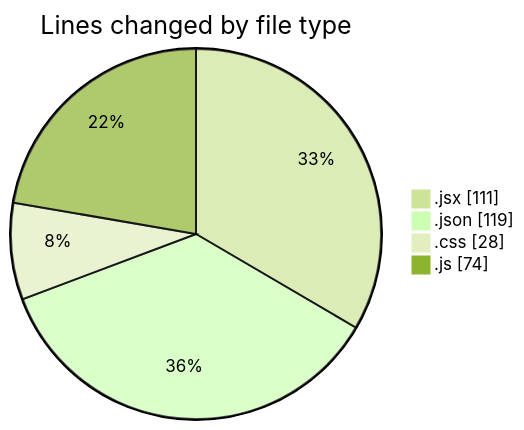
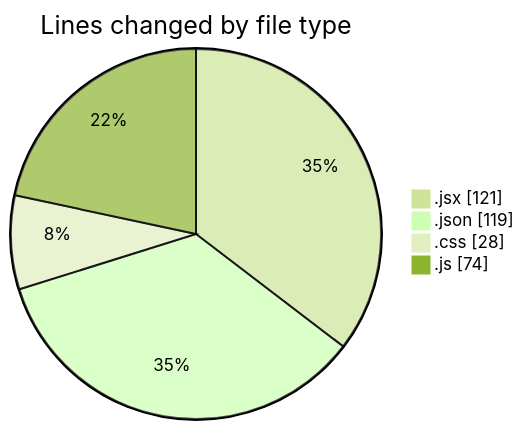
Before and after one commit to Elitesun/code-tracking: the first of 2 diagrams in 2025-01-24/react/README.md, drawn with Mermaid (forest theme). The commit also changed other lines of this file and 1 other file, not shown here.

````diff
--- a/2025-01-24/react/README.md
+++ b/2025-01-24/react/README.md
@@ -28,8 +28,8 @@
 ```mermaid
 pie showData
 title Lines changed by file type
-".jsx" : 111
+".jsx" : 121
 ".json" : 119
 ".css" : 28
 ".js" : 74
 ```
````
